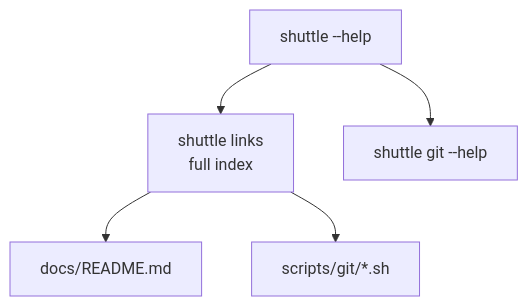
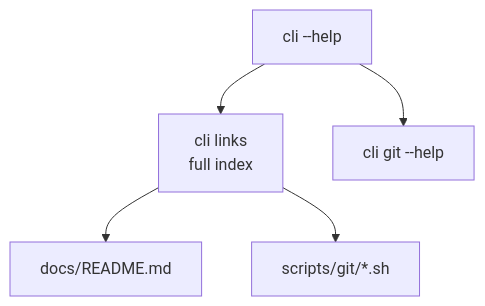
One commit to gardusig/cli changed the seventh of 7 diagrams in docs/workflows.md. Above: the diagram before and after it, drawn with Mermaid. The commit also changed other lines of this file and 289 other files, not shown here.

First line of the commit message:
Rename shuttle to cli across package, docs, scripts, and tests.

````diff
--- a/docs/workflows.md
+++ b/docs/workflows.md
@@ -152,7 +152,7 @@
 ```mermaid
 flowchart TD
-    A["shuttle --help"] --> B["shuttle links<br/>full index"]
+    A["cli --help"] --> B["cli links<br/>full index"]
     B --> C["docs/README.md"]
     B --> D["scripts/git/*.sh"]
-    A --> F["shuttle git --help"]
+    A --> F["cli git --help"]
 ```
````
